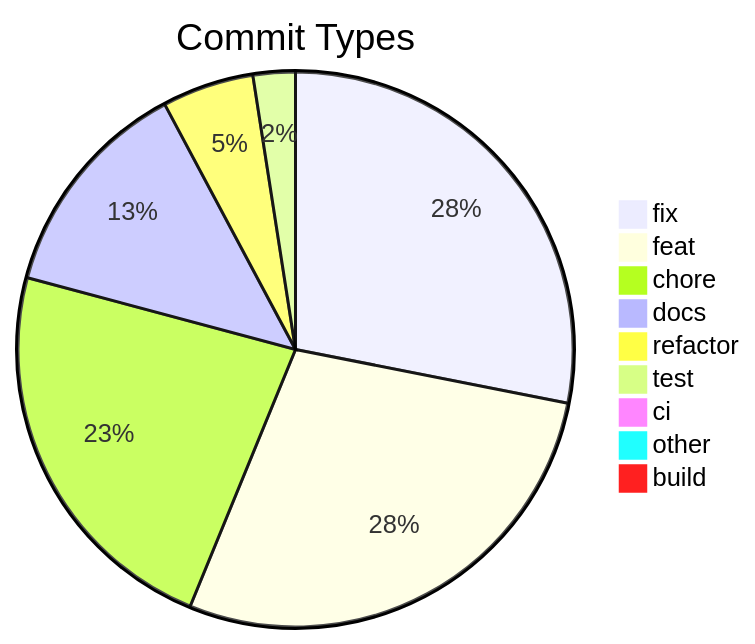
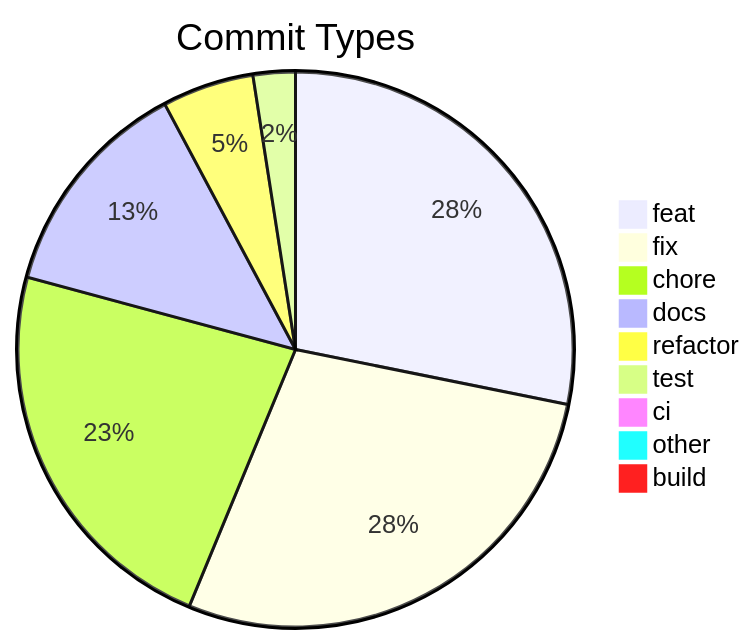
One commit to svenroth-ai/shipwright changed the diagram in .shipwright/compliance/change-history.md. Above: the diagram before and after it, drawn with Mermaid. The commit also changed other lines of this file and 25 other files, not shown here.

````diff
--- a/.shipwright/compliance/change-history.md
+++ b/.shipwright/compliance/change-history.md
@@ -8,12 +8,12 @@
 ```mermaid
 pie title Commit Types
+    "feat" : 264
     "fix" : 263
-    "feat" : 263
     "chore" : 215
     "docs" : 122
     "refactor" : 50
     "test" : 23
     "ci" : 7
     "other" : 7
     "build" : 1
 ```
````
